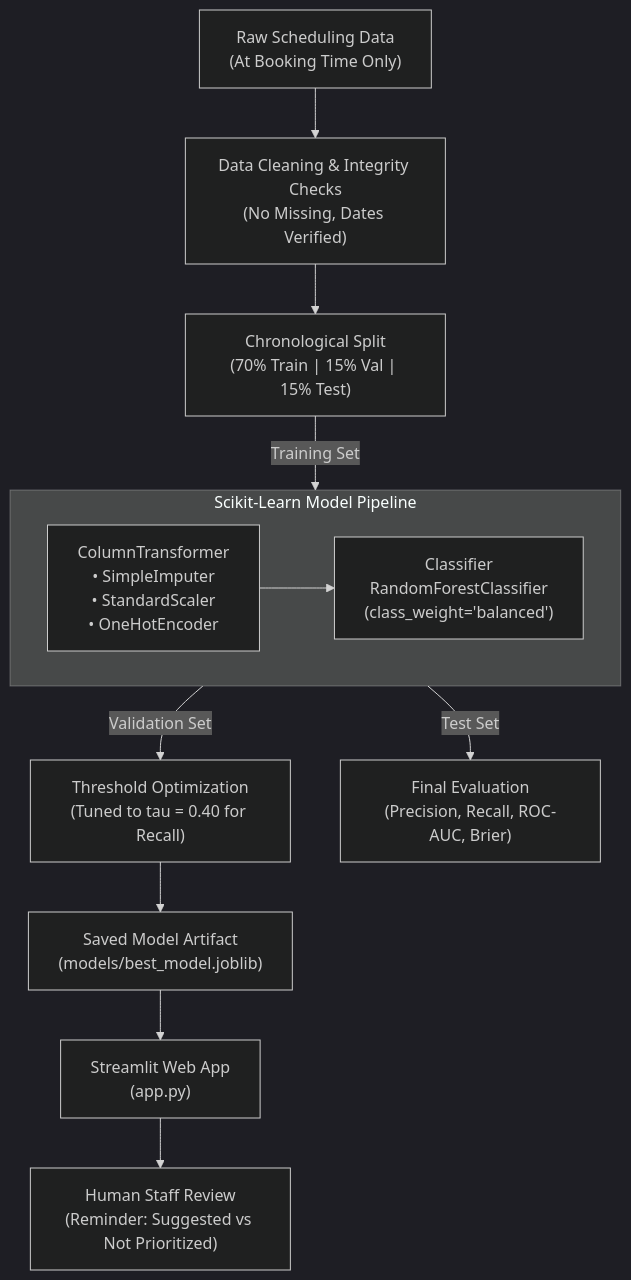
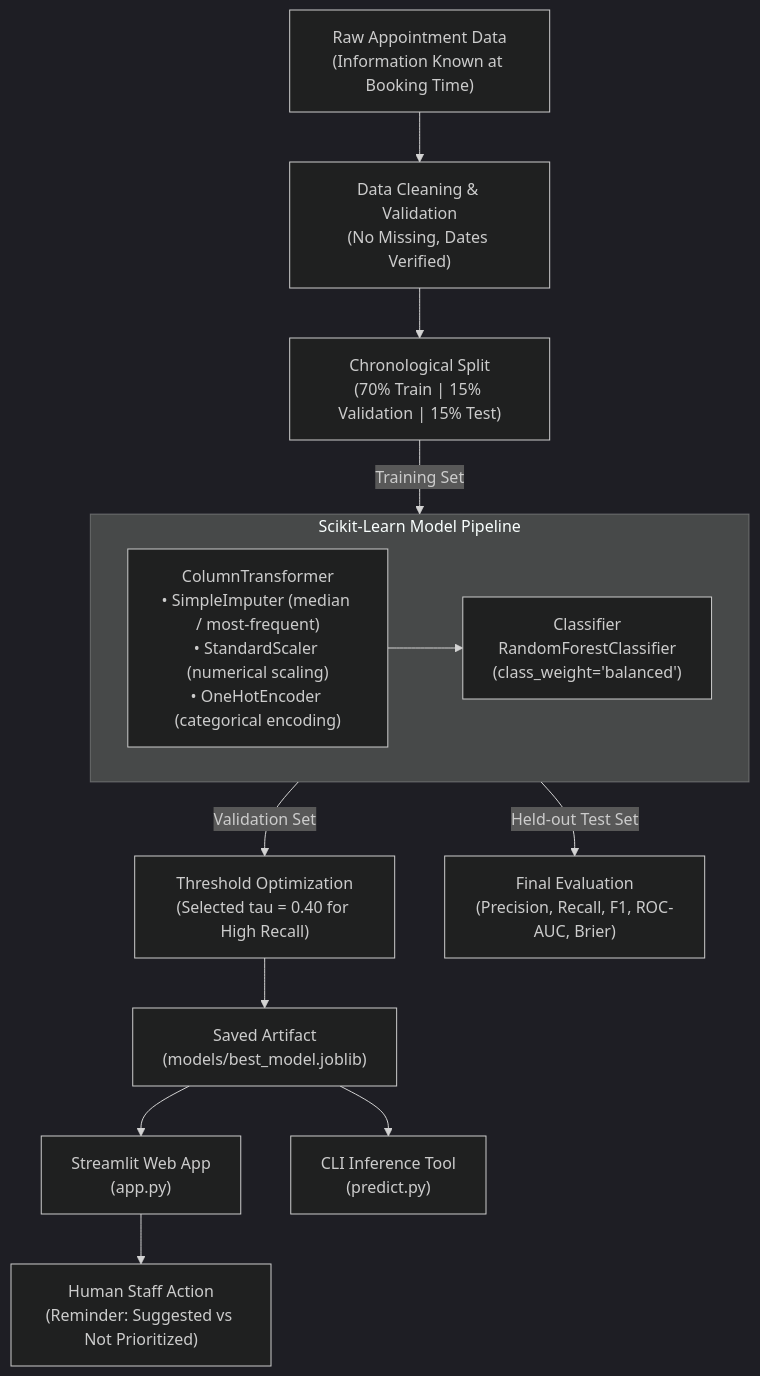
The diagram in README.md (Priyanshu806/hospital-no-show-prediction-AI-ML-Project-), drawn with Mermaid (dark theme) before and after one commit. The commit also changed other lines of this file and 13 other files, not shown here.

````diff
--- a/README.md
+++ b/README.md
@@ -21,19 +29,20 @@
 ```mermaid
 flowchart TD
-    A["Raw Scheduling Data<br/>(At Booking Time Only)"] --> B["Data Cleaning & Integrity Checks<br/>(No Missing, Dates Verified)"]
-    B --> C["Chronological Split<br/>(70% Train | 15% Val | 15% Test)"]
+    A["Raw Appointment Data<br/>(Information Known at Booking Time)"] --> B["Data Cleaning & Validation<br/>(No Missing, Dates Verified)"]
+    B --> C["Chronological Split<br/>(70% Train | 15% Validation | 15% Test)"]
     
     subgraph Pipeline ["Scikit-Learn Model Pipeline"]
-        D["ColumnTransformer<br/>• SimpleImputer<br/>• StandardScaler<br/>• OneHotEncoder"]
+        D["ColumnTransformer<br/>• SimpleImputer (median / most-frequent)<br/>• StandardScaler (numerical scaling)<br/>• OneHotEncoder (categorical encoding)"]
         E["Classifier<br/>RandomForestClassifier<br/>(class_weight='balanced')"]
         D --> E
     end
     
     C -->|Training Set| Pipeline
-    Pipeline -->|Validation Set| F["Threshold Optimization<br/>(Tuned to tau = 0.40 for Recall)"]
-    Pipeline -->|Test Set| G["Final Evaluation<br/>(Precision, Recall, ROC-AUC, Brier)"]
+    Pipeline -->|Validation Set| F["Threshold Optimization<br/>(Selected tau = 0.40 for High Recall)"]
+    Pipeline -->|Held-out Test Set| G["Final Evaluation<br/>(Precision, Recall, F1, ROC-AUC, Brier)"]
     
-    F --> H["Saved Model Artifact<br/>(models/best_model.joblib)"]
+    F --> H["Saved Artifact<br/>(models/best_model.joblib)"]
     H --> I["Streamlit Web App<br/>(app.py)"]
-    I --> J["Human Staff Review<br/>(Reminder: Suggested vs Not Prioritized)"]
+    H --> J["CLI Inference Tool<br/>(predict.py)"]
+    I --> K["Human Staff Action<br/>(Reminder: Suggested vs Not Prioritized)"]
 ```
````
